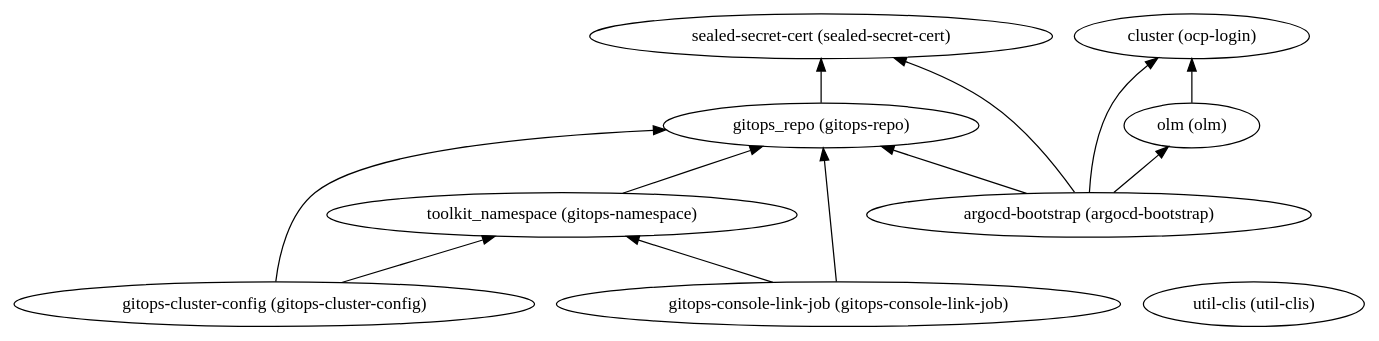
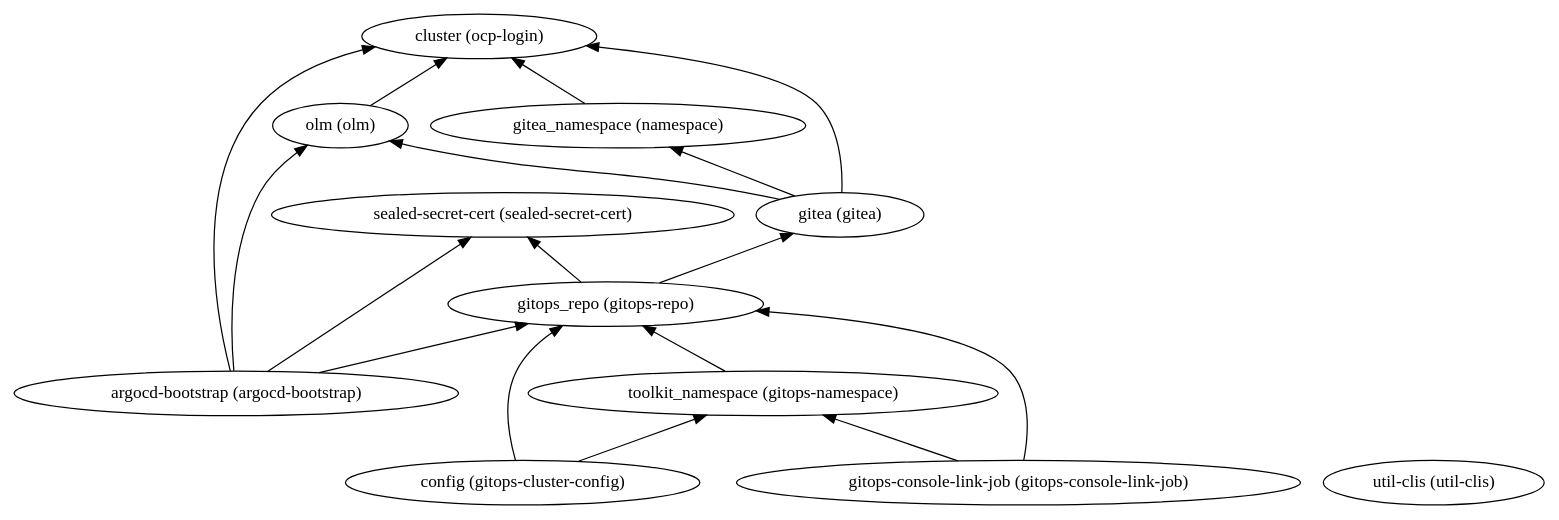
The diagram in 200-openshift-gitops/dependencies.dot (IBM/automation-data-foundation), drawn with Graphviz before and after one commit. The commit also changed 132 other files, not shown here.

```diff
--- a/200-openshift-gitops/dependencies.dot
+++ b/200-openshift-gitops/dependencies.dot
@@ -1,23 +1,30 @@
 digraph {
     rankdir="BT"
-    "gitops_repo (gitops-repo)" -> "sealed-secret-cert (sealed-secret-cert)"
+    "gitea_namespace (namespace)" -> "cluster (ocp-login)"
+"gitea_namespace (namespace)"
+"cluster (ocp-login)"
+"gitea (gitea)" -> "cluster (ocp-login)"
+"gitea (gitea)" -> "olm (olm)"
+"gitea (gitea)" -> "gitea_namespace (namespace)"
+"gitea (gitea)"
+"olm (olm)" -> "cluster (ocp-login)"
+"olm (olm)"
+"config (gitops-cluster-config)" -> "gitops_repo (gitops-repo)"
+"config (gitops-cluster-config)" -> "toolkit_namespace (gitops-namespace)"
+"config (gitops-cluster-config)"
+"gitops_repo (gitops-repo)" -> "sealed-secret-cert (sealed-secret-cert)"
+"gitops_repo (gitops-repo)" -> "gitea (gitea)"
 "gitops_repo (gitops-repo)"
 "sealed-secret-cert (sealed-secret-cert)"
+"toolkit_namespace (gitops-namespace)" -> "gitops_repo (gitops-repo)"
+"toolkit_namespace (gitops-namespace)"
+"gitops-console-link-job (gitops-console-link-job)" -> "gitops_repo (gitops-repo)"
+"gitops-console-link-job (gitops-console-link-job)" -> "toolkit_namespace (gitops-namespace)"
+"gitops-console-link-job (gitops-console-link-job)"
 "argocd-bootstrap (argocd-bootstrap)" -> "cluster (ocp-login)"
 "argocd-bootstrap (argocd-bootstrap)" -> "olm (olm)"
 "argocd-bootstrap (argocd-bootstrap)" -> "gitops_repo (gitops-repo)"
 "argocd-bootstrap (argocd-bootstrap)" -> "sealed-secret-cert (sealed-secret-cert)"
 "argocd-bootstrap (argocd-bootstrap)"
-"cluster (ocp-login)"
-"olm (olm)" -> "cluster (ocp-login)"
-"olm (olm)"
-"gitops-cluster-config (gitops-cluster-config)" -> "gitops_repo (gitops-repo)"
-"gitops-cluster-config (gitops-cluster-config)" -> "toolkit_namespace (gitops-namespace)"
-"gitops-cluster-config (gitops-cluster-config)"
-"toolkit_namespace (gitops-namespace)" -> "gitops_repo (gitops-repo)"
-"toolkit_namespace (gitops-namespace)"
-"gitops-console-link-job (gitops-console-link-job)" -> "gitops_repo (gitops-repo)"
-"gitops-console-link-job (gitops-console-link-job)" -> "toolkit_namespace (gitops-namespace)"
-"gitops-console-link-job (gitops-console-link-job)"
 "util-clis (util-clis)"
   }
```
